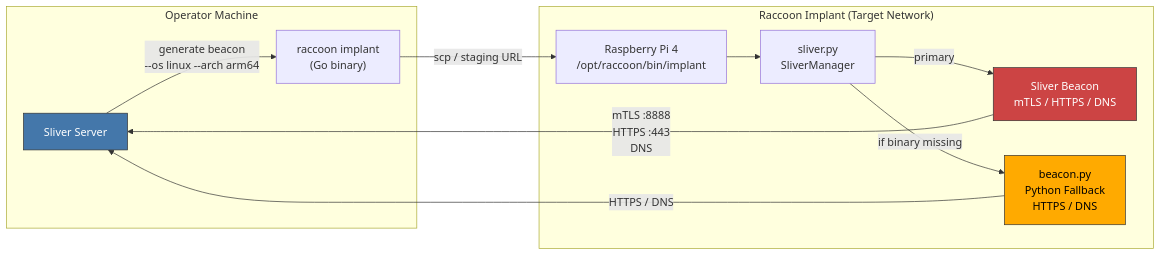
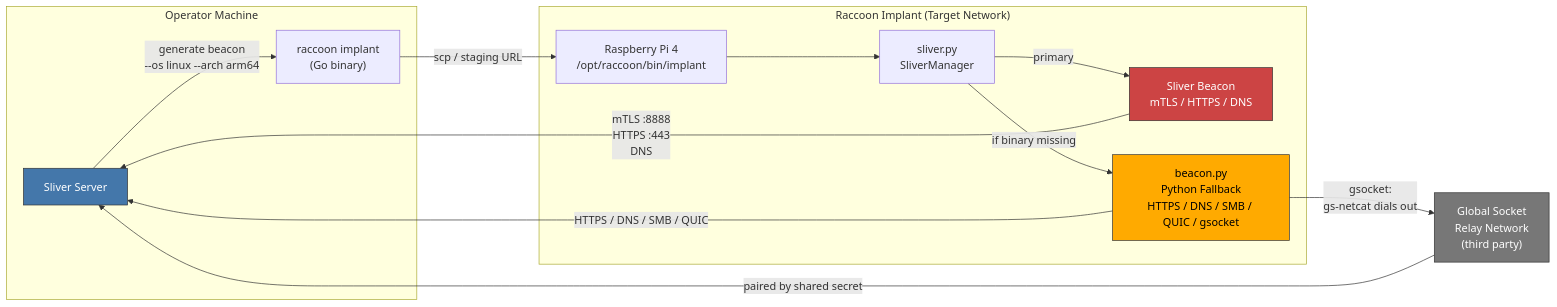
One commit to BenjiTrapp/TrashPandaPaws changed the sixth of 12 diagrams in README.md. Above: the diagram before and after it, drawn with Mermaid. The commit also changed other lines of this file and 3 other files, not shown here.

````diff
--- a/README.md
+++ b/README.md
@@ -491,21 +491,24 @@
 ```mermaid
 graph LR
     subgraph "Operator Machine"
         SERVER["Sliver Server"] -->|"generate beacon<br/>--os linux --arch arm64"| BIN["raccoon implant<br/>(Go binary)"]
     end
 
     BIN -->|"scp / staging URL"| PI["Raspberry Pi 4<br/>/opt/raccoon/bin/implant"]
 
     subgraph "Raccoon Implant (Target Network)"
         PI --> MGR["sliver.py<br/>SliverManager"]
         MGR -->|"primary"| SLIVER["Sliver Beacon<br/>mTLS / HTTPS / DNS"]
-        MGR -->|"if binary missing"| FALLBACK["beacon.py<br/>Python Fallback<br/>HTTPS / DNS"]
+        MGR -->|"if binary missing"| FALLBACK["beacon.py<br/>Python Fallback<br/>HTTPS / DNS / SMB / QUIC / gsocket"]
     end
 
     SLIVER -->|"mTLS :8888<br/>HTTPS :443<br/>DNS"| SERVER
-    FALLBACK -->|"HTTPS / DNS"| SERVER
+    FALLBACK -->|"HTTPS / DNS / SMB / QUIC"| SERVER
+    FALLBACK -->|"gsocket:<br/>gs-netcat dials out"| GSRN["Global Socket<br/>Relay Network<br/>(third party)"]
+    GSRN -->|"paired by shared secret"| SERVER
 
     style SLIVER fill:#c44,stroke:#333,color:#fff
     style FALLBACK fill:#fa0,stroke:#333,color:#000
+    style GSRN fill:#777,stroke:#333,color:#fff
     style SERVER fill:#47a,stroke:#333,color:#fff
 ```
````
